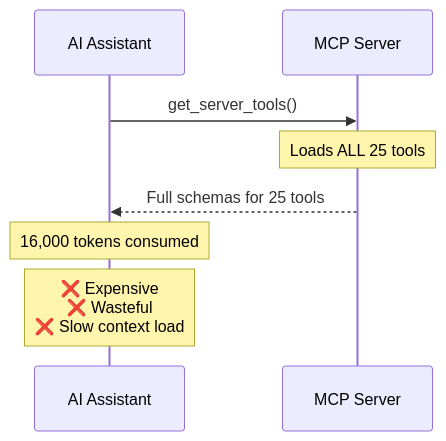
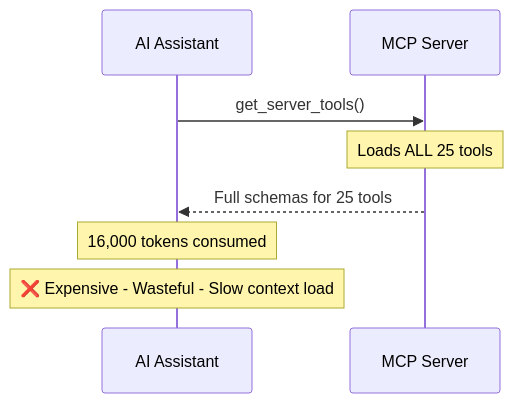
The third of 15 diagrams in projects/meta-mcp-server/docs/diagrams/10-token-optimization.md (blueman82/mcp-exec), drawn with Mermaid before and after one commit. The commit also changed other lines of this file and 4 other files, not shown here.

First line of the commit message:
docs: Remove Claude Desktop references and fix Mermaid syntax

````diff
--- a/projects/meta-mcp-server/docs/diagrams/10-token-optimization.md
+++ b/projects/meta-mcp-server/docs/diagrams/10-token-optimization.md
@@ -70,11 +70,11 @@
 ```mermaid
 sequenceDiagram
     participant AI as AI Assistant
     participant MCP as MCP Server
 
     AI->>MCP: get_server_tools()
     Note over MCP: Loads ALL 25 tools
     MCP-->>AI: Full schemas for 25 tools
     Note over AI: 16,000 tokens consumed
-    Note over AI: ❌ Expensive<br/>❌ Wasteful<br/>❌ Slow context load
+    Note over AI: ❌ Expensive - Wasteful - Slow context load
 ```
````
